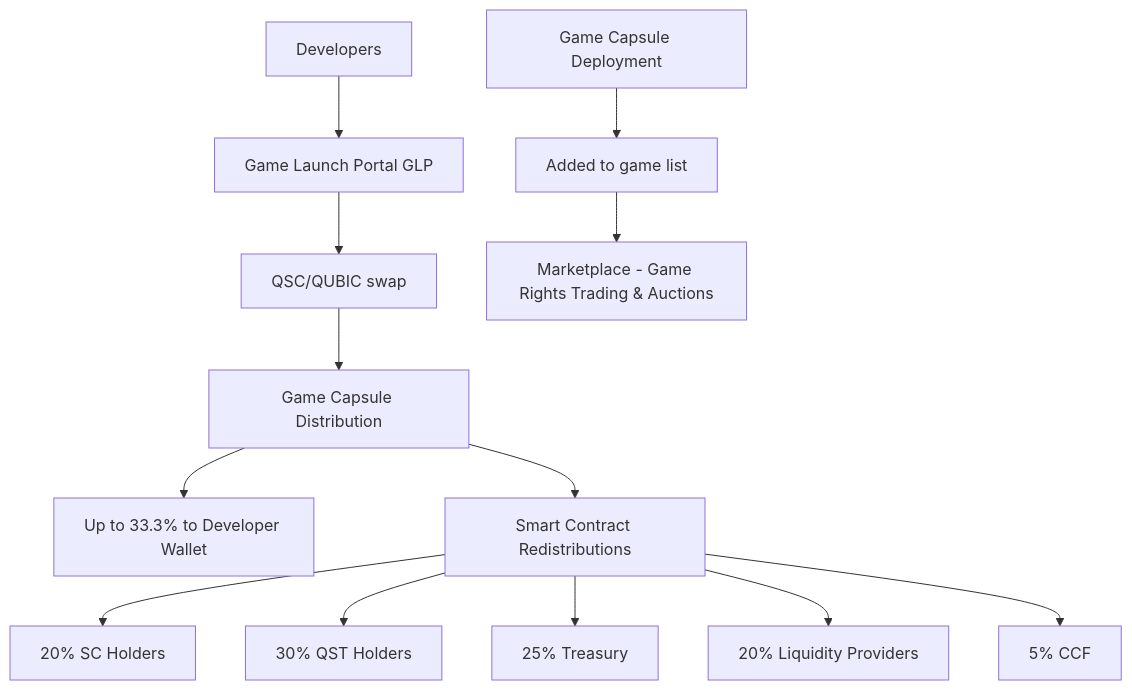
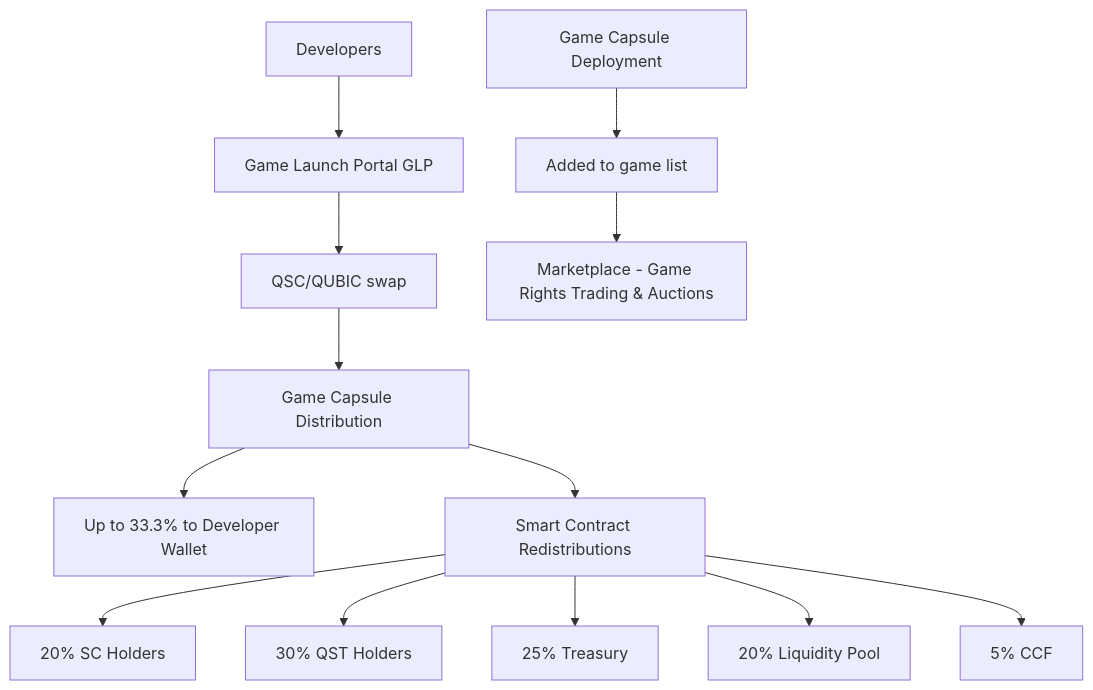
Before and after one commit to nineisten/qusino: the second of 5 diagrams in README.md, drawn with Mermaid. The commit also changed other lines of this file, not shown here.

````diff
--- a/README.md
+++ b/README.md
@@ -29,18 +29,18 @@
 ```mermaid
 flowchart TD
     F[Game Launch Portal GLP] --> G[QSC/QUBIC swap] --> H[Game Capsule Distribution]
     H--> HH[Up to 33.3% to Developer Wallet]
     H-->I[Smart Contract Redistributions]
     I --> J[20% SC Holders]
     I --> K[30% QST Holders]
     I --> L[25% Treasury]
-    I --> M[20% Liquidity Providers]
+    I --> M[20% Liquidity Pool]
     I --> N[5% CCF]
 
     O[Developers] --> F
     P[Game Capsule Deployment] --> Q[Added to game list]-->R[Marketplace - Game Rights Trading & Auctions]
 
     
 
 
 ```
````
